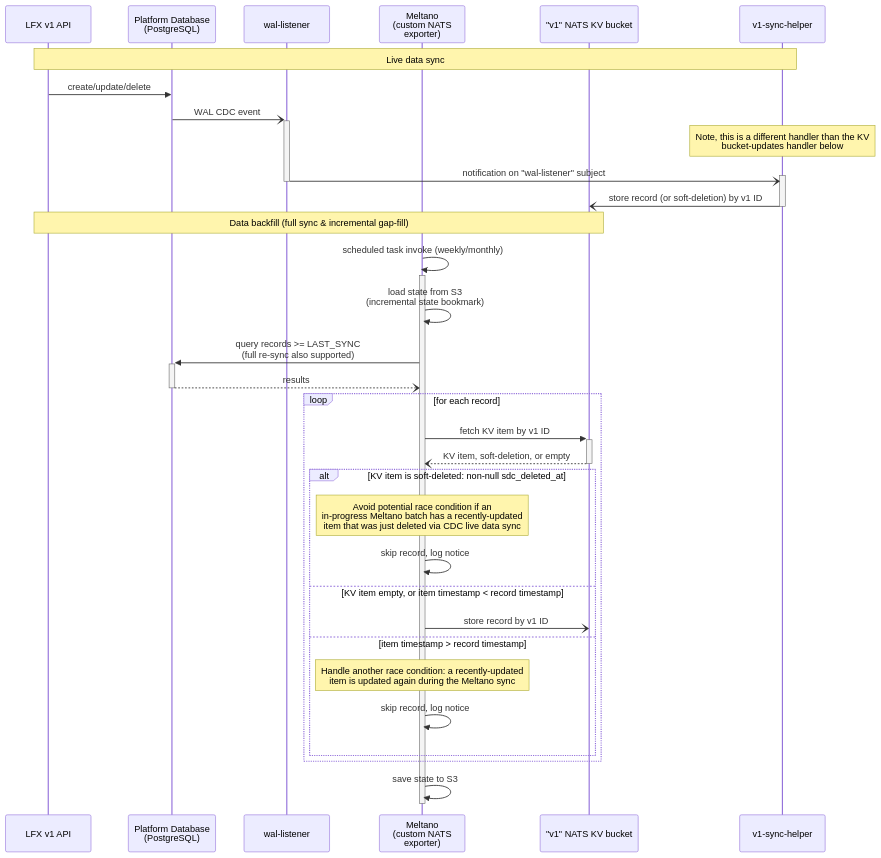
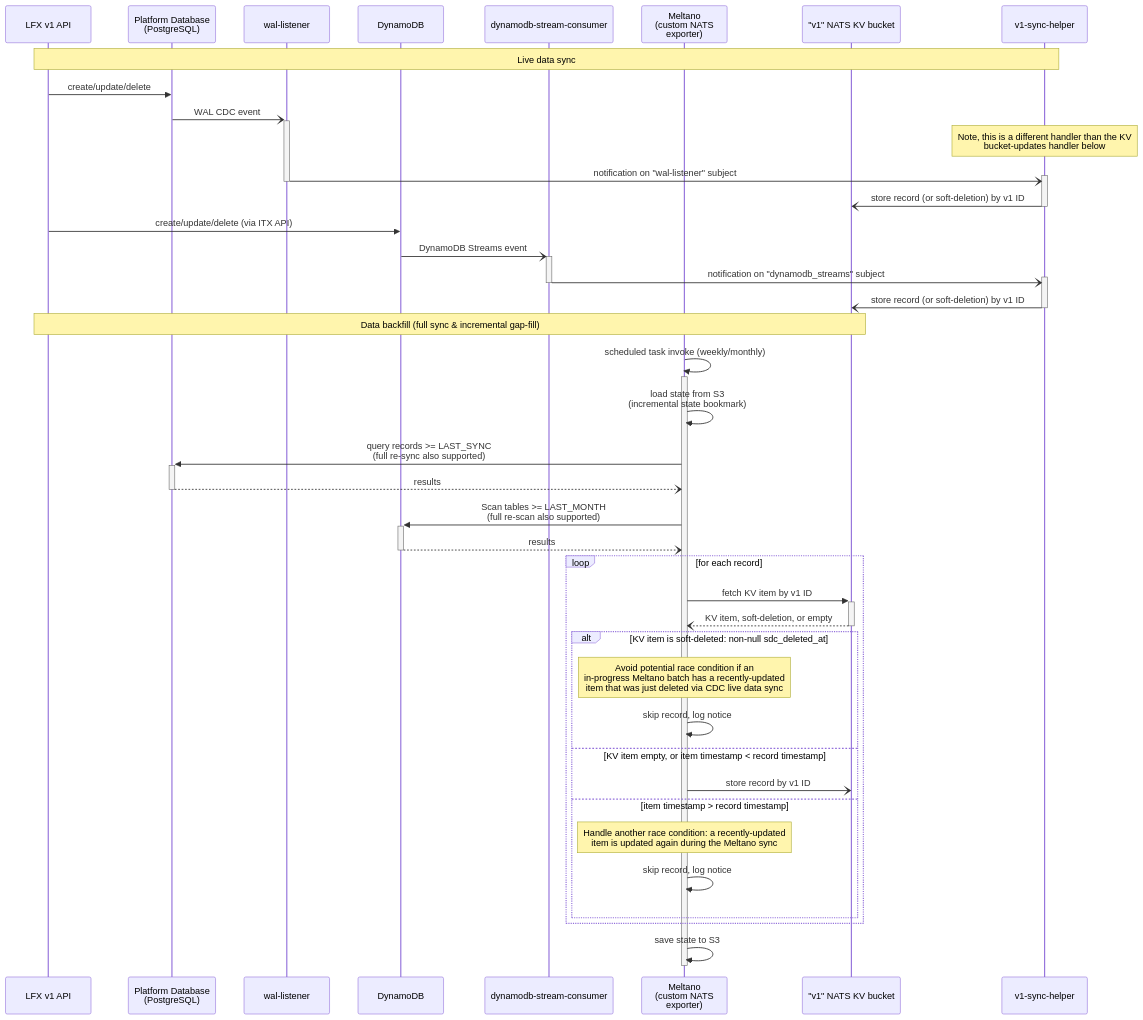
The second of 5 diagrams in README.md (linuxfoundation/lfx-v1-sync-helper), drawn with Mermaid before and after one commit. The commit also changed other lines of this file, not shown here.

First line of the commit message:
docs: add DynamoDB to sequence diagrams, remove stale caveats

````diff
--- a/README.md
+++ b/README.md
@@ -159,39 +157,48 @@
 ```mermaid
 sequenceDiagram
     participant lfx_v1 as LFX v1 API
     participant postgres as Platform Database<br/>(PostgreSQL)
     participant wal-listener
+    participant dynamodb as DynamoDB
+    participant dynamo-stream as dynamodb-stream-consumer
     participant meltano as Meltano<br/>(custom NATS<br/>exporter)
     participant v1_kv as "v1" NATS KV bucket
     participant v1-sync-helper
 
     Note over lfx_v1,v1-sync-helper: Live data sync
     lfx_v1 ->> postgres: create/update/delete
     postgres-)+wal-listener: WAL CDC event
     Note over v1-sync-helper: Note, this is a different handler than the KV<br />bucket-updates handler below
     wal-listener-)+v1-sync-helper: notification on "wal-listener" subject
     deactivate wal-listener
     v1-sync-helper-)-v1_kv: store record (or soft-deletion) by v1 ID
+    lfx_v1 ->> dynamodb: create/update/delete (via ITX API)
+    dynamodb-)+dynamo-stream: DynamoDB Streams event
+    dynamo-stream-)+v1-sync-helper: notification on "dynamodb_streams" subject
+    deactivate dynamo-stream
+    v1-sync-helper-)-v1_kv: store record (or soft-deletion) by v1 ID
 
     Note over lfx_v1,v1_kv: Data backfill (full sync & incremental gap-fill)
     meltano->>meltano: scheduled task invoke (weekly/monthly)
     activate meltano
     meltano->>meltano: load state from S3<br/>(incremental state bookmark)
     meltano->>+postgres: query records >= LAST_SYNC<br/>(full re-sync also supported)
     postgres--)-meltano: results
+    meltano->>+dynamodb: Scan tables >= LAST_MONTH<br/>(full re-scan also supported)
+    dynamodb--)-meltano: results
     loop for each record
     meltano->>+v1_kv: fetch KV item by v1 ID
     v1_kv--)-meltano: KV item, soft-deletion, or empty
     alt KV item is soft-deleted: non-null sdc_deleted_at
     Note over meltano: Avoid potential race condition if an<br />in-progress Meltano batch has a recently-updated<br />item that was just deleted via CDC live data sync
     meltano->>meltano: skip record, log notice
     else KV item empty, or item timestamp < record timestamp
     meltano-)v1_kv: store record by v1 ID
     else item timestamp > record timestamp
     Note over meltano: Handle another race condition: a recently-updated<br />item is updated again during the Meltano sync
     meltano->>meltano: skip record, log notice
     end
     end
     meltano->>meltano: save state to S3
     deactivate meltano
 ```
````
